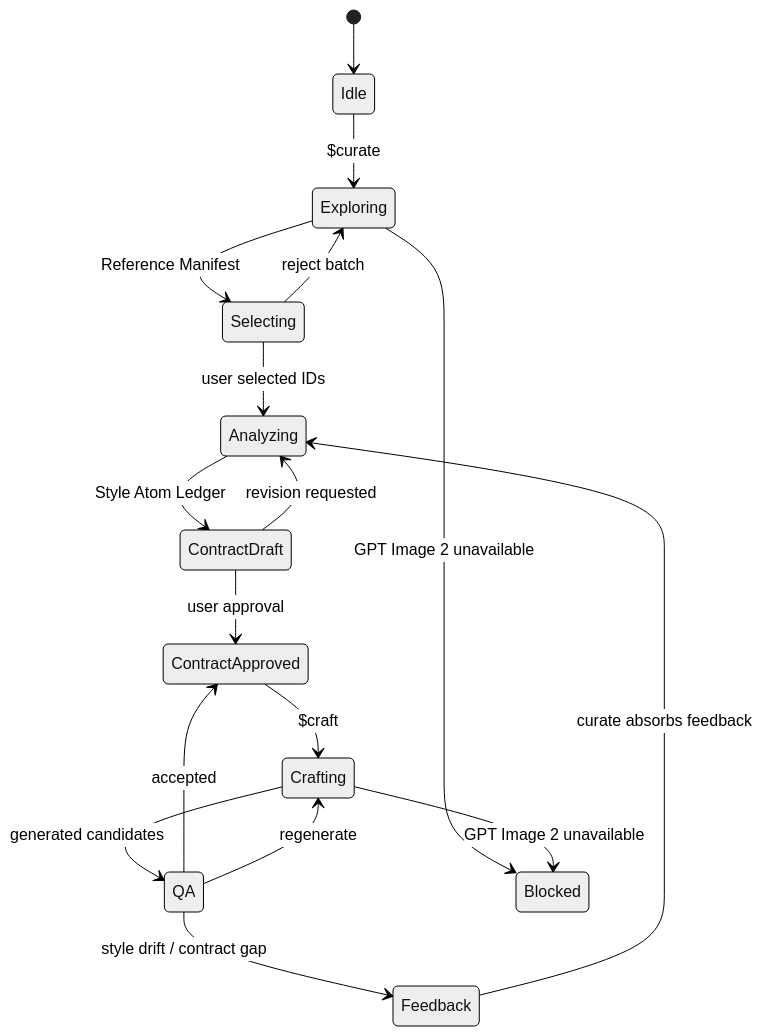
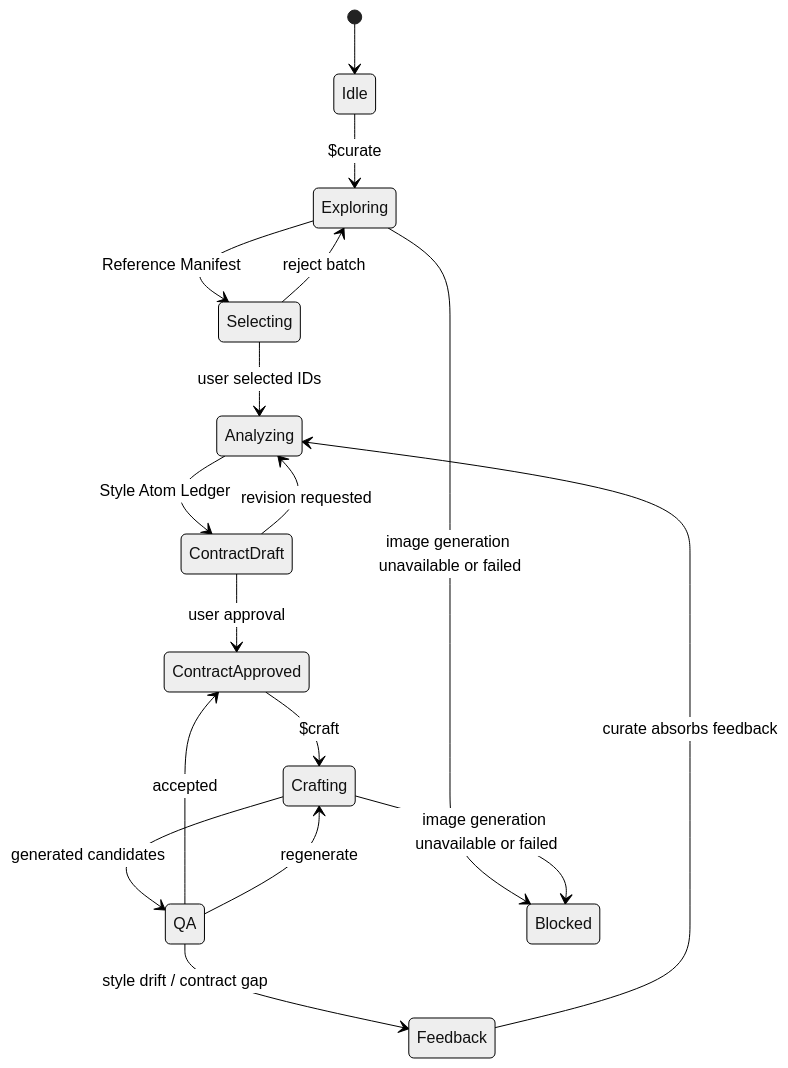
The ninth of 9 diagrams in docs/how-it-works.ko.md (dhfmzk/chuu-gumi), drawn with Mermaid (neutral theme) before and after one commit. The commit also changed other lines of this file and 19 other files, not shown here.

````diff
--- a/docs/how-it-works.ko.md
+++ b/docs/how-it-works.ko.md
@@ -312,19 +312,19 @@
 ```mermaid
 stateDiagram-v2
     [*] --> Idle
     Idle --> Exploring: $curate
     Exploring --> Selecting: Reference Manifest
     Selecting --> Analyzing: user selected IDs
     Selecting --> Exploring: reject batch
     Analyzing --> ContractDraft: Style Atom Ledger
     ContractDraft --> ContractApproved: user approval
     ContractDraft --> Analyzing: revision requested
     ContractApproved --> Crafting: $craft
     Crafting --> QA: generated candidates
     QA --> ContractApproved: accepted
     QA --> Crafting: regenerate
     QA --> Feedback: style drift / contract gap
     Feedback --> Analyzing: curate absorbs feedback
-    Exploring --> Blocked: GPT Image 2 unavailable
-    Crafting --> Blocked: GPT Image 2 unavailable
+    Exploring --> Blocked: image generation unavailable or failed
+    Crafting --> Blocked: image generation unavailable or failed
 ```
````
